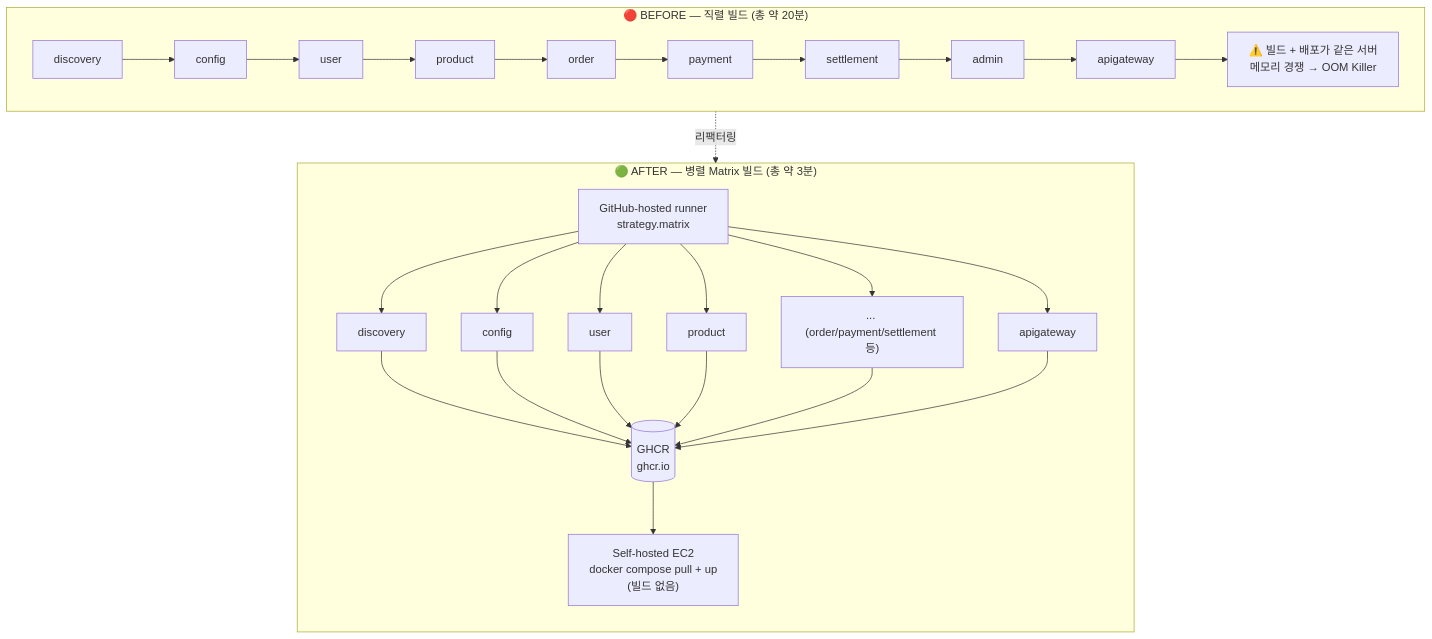
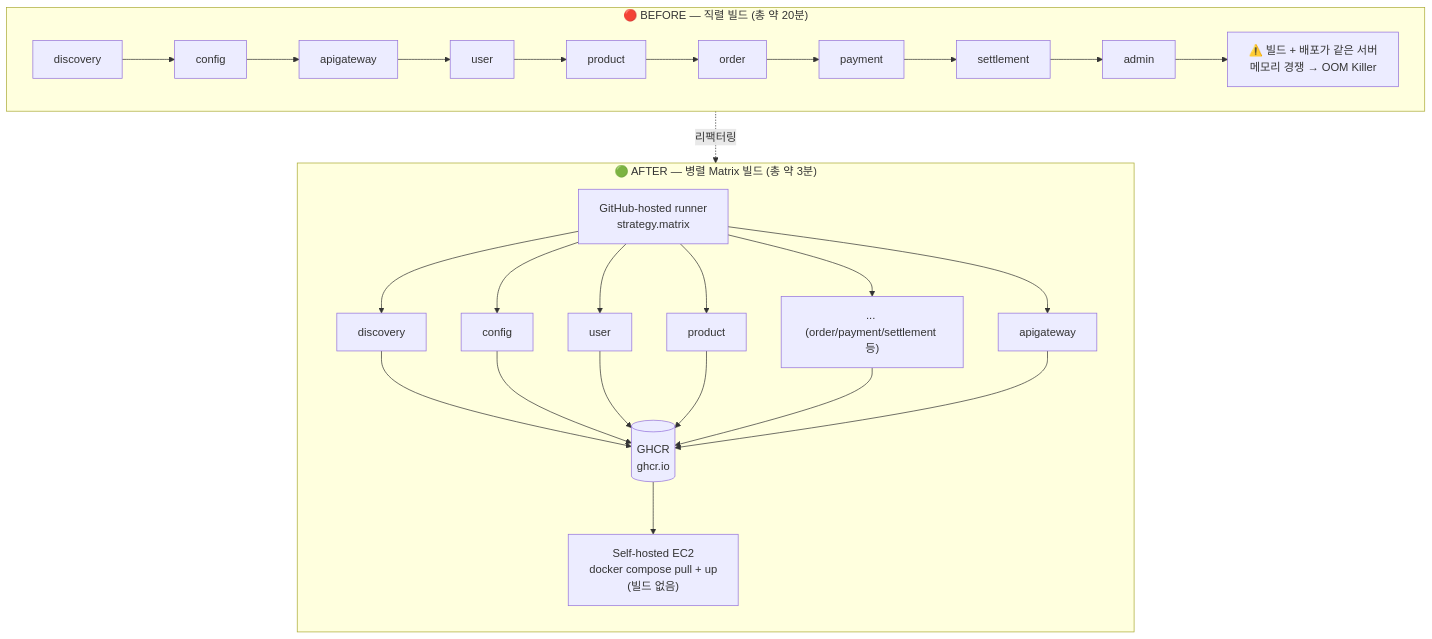
One commit to jhkimm96/jihee-portfolio changed the diagram in content/prompthub/troubleshooting/deployment/cicd-parallel-build-ghcr-migration.mdx. Above: the diagram before and after it, drawn with Mermaid. The commit also changed other lines of this file, not shown here.

Commit message:
troubleshooting: 직렬 빌드 다이어그램의 서비스 순서를 discovery-config-apigateway 순으로 수정

````diff
--- a/content/prompthub/troubleshooting/deployment/cicd-parallel-build-ghcr-migration.mdx
+++ b/content/prompthub/troubleshooting/deployment/cicd-parallel-build-ghcr-migration.mdx
@@ -16,23 +16,23 @@
 ```mermaid
 flowchart TB
     subgraph BEFORE["🔴 BEFORE — 직렬 빌드 (총 약 20분)"]
         direction LR
-        B1[discovery] --> B2[config] --> B3[user] --> B4[product] --> B5[order] --> B6[payment] --> B7[settlement] --> B8[admin] --> B9[apigateway]
+        B1[discovery] --> B2[config] --> B3[apigateway] --> B4[user] --> B5[product] --> B6[order] --> B7[payment] --> B8[settlement] --> B9[admin]
         B9 --> BOOM["⚠️ 빌드 + 배포가 같은 서버<br/>메모리 경쟁 → OOM Killer"]
     end
 
     subgraph AFTER["🟢 AFTER — 병렬 Matrix 빌드 (총 약 3분)"]
         direction TB
         MX["GitHub-hosted runner<br/>strategy.matrix"]
         MX --> A1[discovery]
         MX --> A2[config]
         MX --> A3[user]
         MX --> A4[product]
         MX --> A5["... (order/payment/settlement 등)"]
         MX --> A6[apigateway]
         A1 & A2 & A3 & A4 & A5 & A6 --> GHCR[("GHCR<br/>ghcr.io")]
         GHCR --> DEPLOY["Self-hosted EC2<br/>docker compose pull + up<br/>(빌드 없음)"]
     end
 
     BEFORE -. "리팩터링" .-> AFTER
 ```
````
